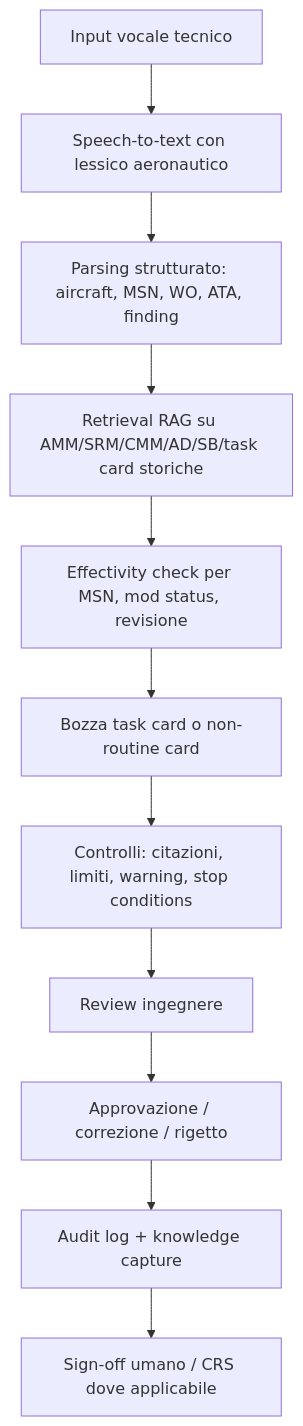
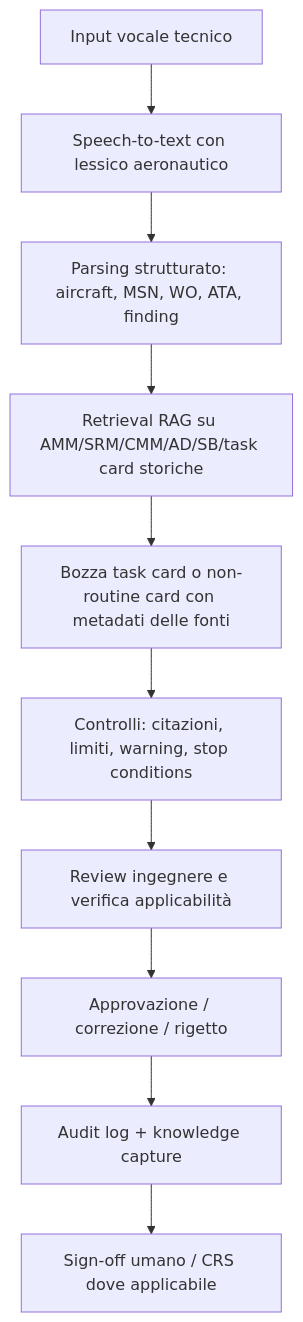
The diagram in docs/AI03-EASA-documentation-automation.md (nicolgit/AMA14-assignment), drawn with Mermaid before and after one commit. The commit also changed other lines of this file and 1 other file, not shown here.

````diff
--- a/docs/AI03-EASA-documentation-automation.md
+++ b/docs/AI03-EASA-documentation-automation.md
@@ -55,13 +40,12 @@
 ```mermaid
 flowchart TD
 		A[Input vocale tecnico] --> B[Speech-to-text con lessico aeronautico]
 		B --> C[Parsing strutturato: aircraft, MSN, WO, ATA, finding]
 		C --> D[Retrieval RAG su AMM/SRM/CMM/AD/SB/task card storiche]
-		D --> E[Effectivity check per MSN, mod status, revisione]
-		E --> F[Bozza task card o non-routine card]
+		D --> F[Bozza task card o non-routine card con metadati delle fonti]
 		F --> G[Controlli: citazioni, limiti, warning, stop conditions]
-		G --> H[Review ingegnere]
+		G --> H[Review ingegnere e verifica applicabilità]
 		H --> I[Approvazione / correzione / rigetto]
 		I --> J[Audit log + knowledge capture]
 		J --> K[Sign-off umano / CRS dove applicabile]
 ```
````
